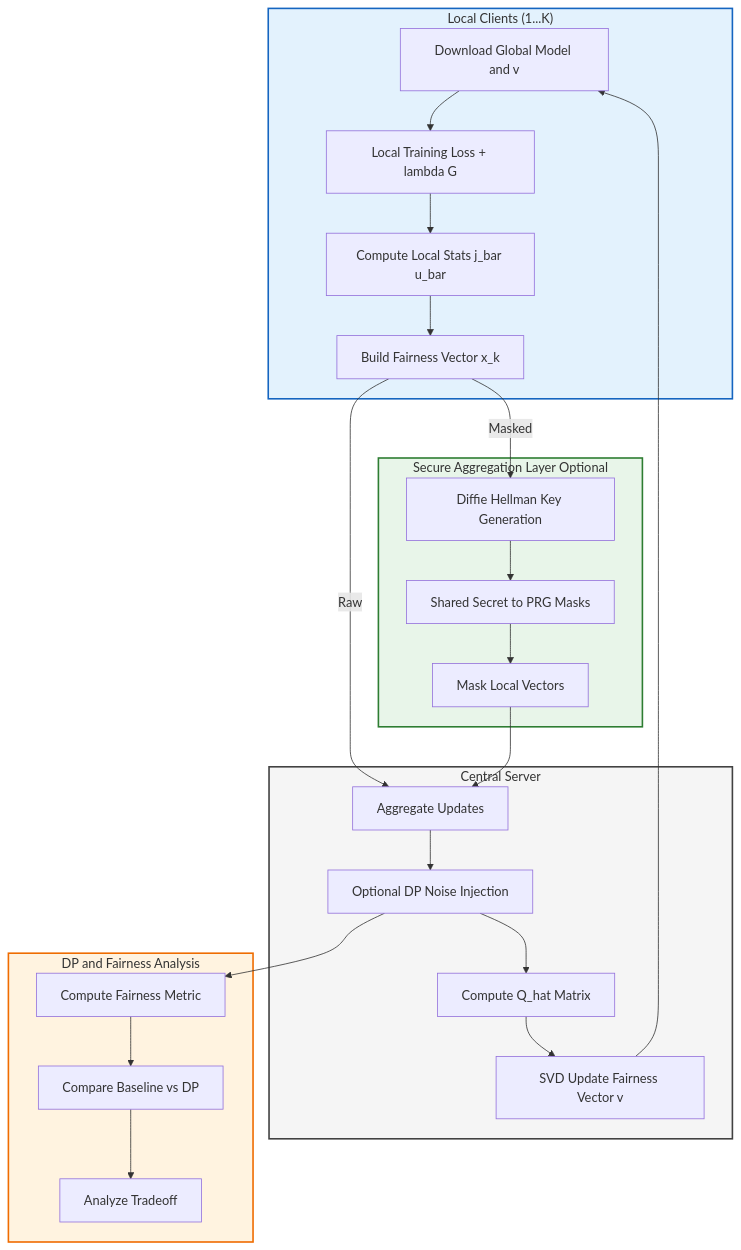
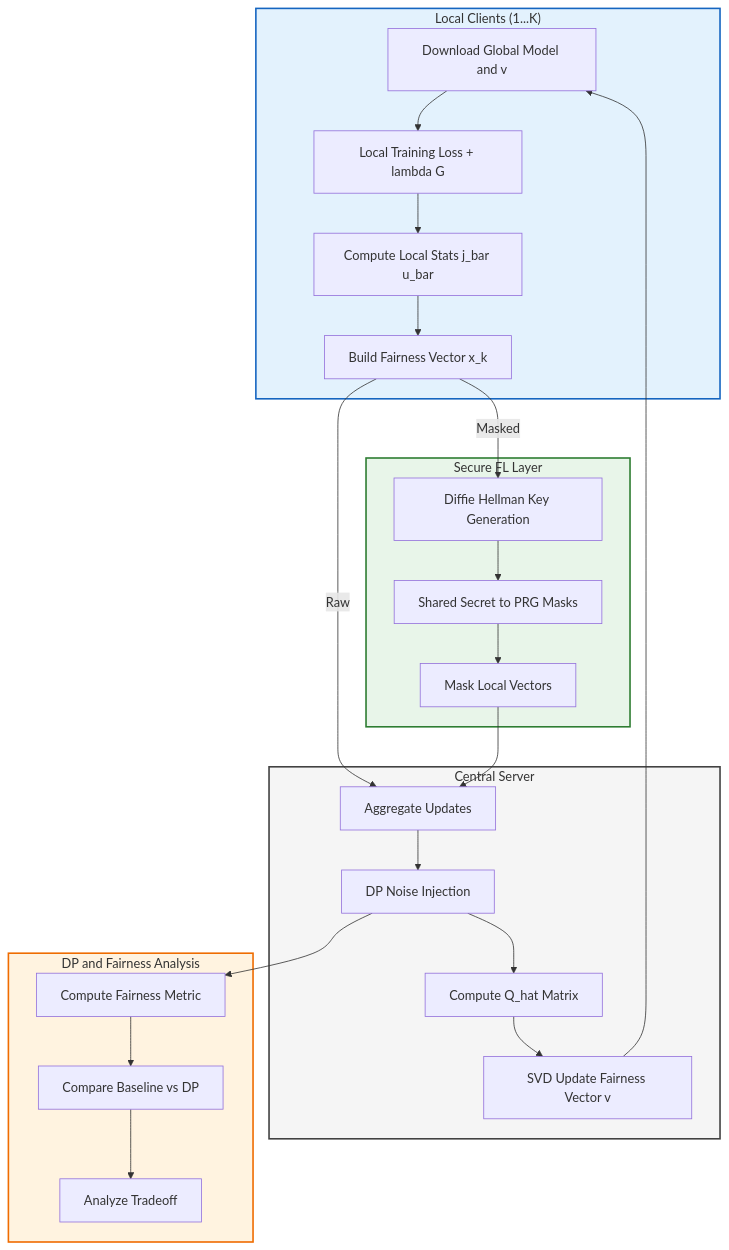
Before and after one commit to aman010/Secure_FedRenyi: the diagram in README.md, drawn with Mermaid.

Commit message:
Rename Secure Aggregation Layer to Secure FL Layer

````diff
--- a/README.md
+++ b/README.md
@@ -1,51 +1,51 @@
 ```mermaid
 graph TD
 
 %% ================= CLIENT SIDE =================
 subgraph Clients ["Local Clients (1...K)"]
     C1[Download Global Model and v]
     C2[Local Training Loss + lambda G]
     C3[Compute Local Stats j_bar u_bar]
     C4[Build Fairness Vector x_k]
 end
 
 %% ================= SECURE LAYER =================
-subgraph SecureFL ["Secure Aggregation Layer Optional"]
+subgraph SecureFL ["Secure FL Layer"]
     S1[Diffie Hellman Key Generation]
     S2[Shared Secret to PRG Masks]
     S3[Mask Local Vectors]
 end
 
 %% ================= SERVER =================
 subgraph Server ["Central Server"]
     SV1[Aggregate Updates]
-    SV2[Optional DP Noise Injection]
+    SV2[DP Noise Injection]
     SV3[Compute Q_hat Matrix]
     SV4[SVD Update Fairness Vector v]
 end
 
 %% ================= ANALYSIS =================
 subgraph Analysis ["DP and Fairness Analysis"]
     A1[Compute Fairness Metric]
     A2[Compare Baseline vs DP]
     A3[Analyze Tradeoff]
 end
 
 %% ================= FLOW =================
 C1 --> C2 --> C3 --> C4
 
 C4 -->|Raw| SV1
 C4 -->|Masked| S1
 S1 --> S2 --> S3 --> SV1
 
 SV1 --> SV2 --> SV3 --> SV4
 SV4 --> C1
 
 SV2 --> A1 --> A2 --> A3
 
 %% ================= STYLING =================
 style Clients fill:#e3f2fd,stroke:#1565c0,stroke-width:2px
 style SecureFL fill:#e8f5e9,stroke:#2e7d32,stroke-width:2px
 style Server fill:#f5f5f5,stroke:#424242,stroke-width:2px
 style Analysis fill:#fff3e0,stroke:#ef6c00,stroke-width:2px
 ```
````
